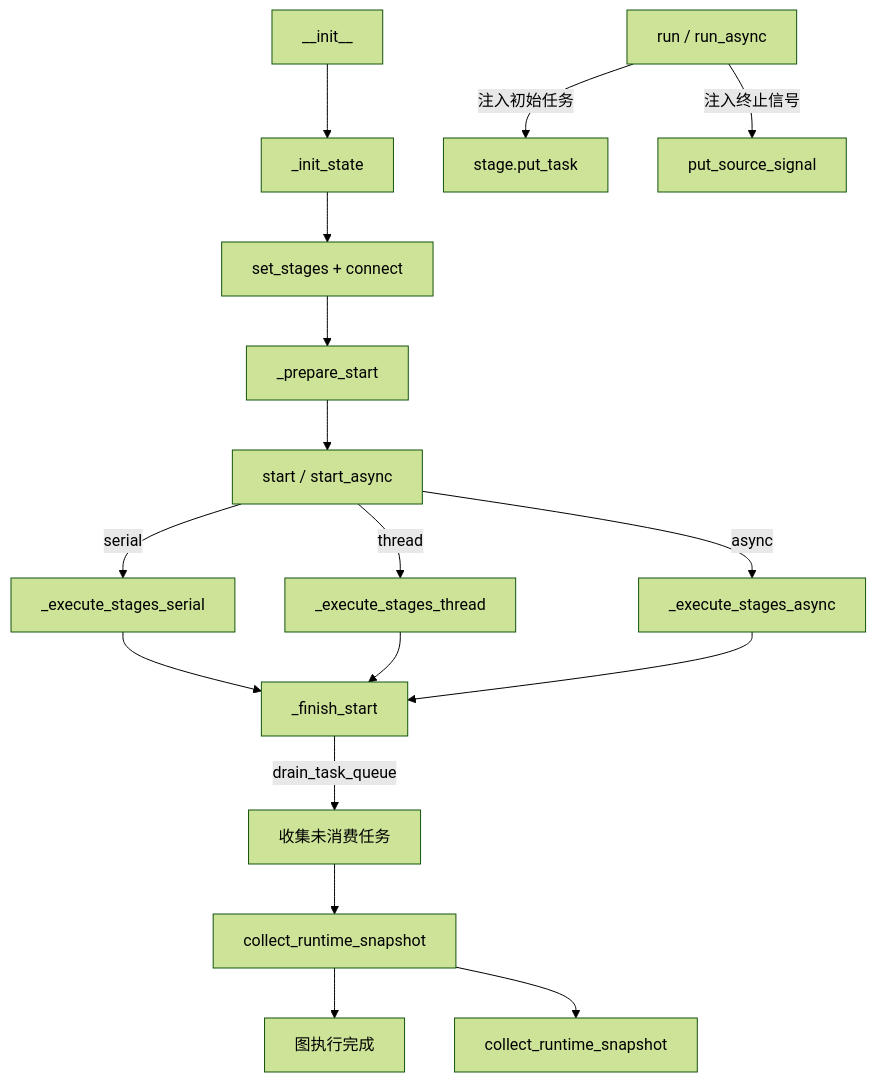
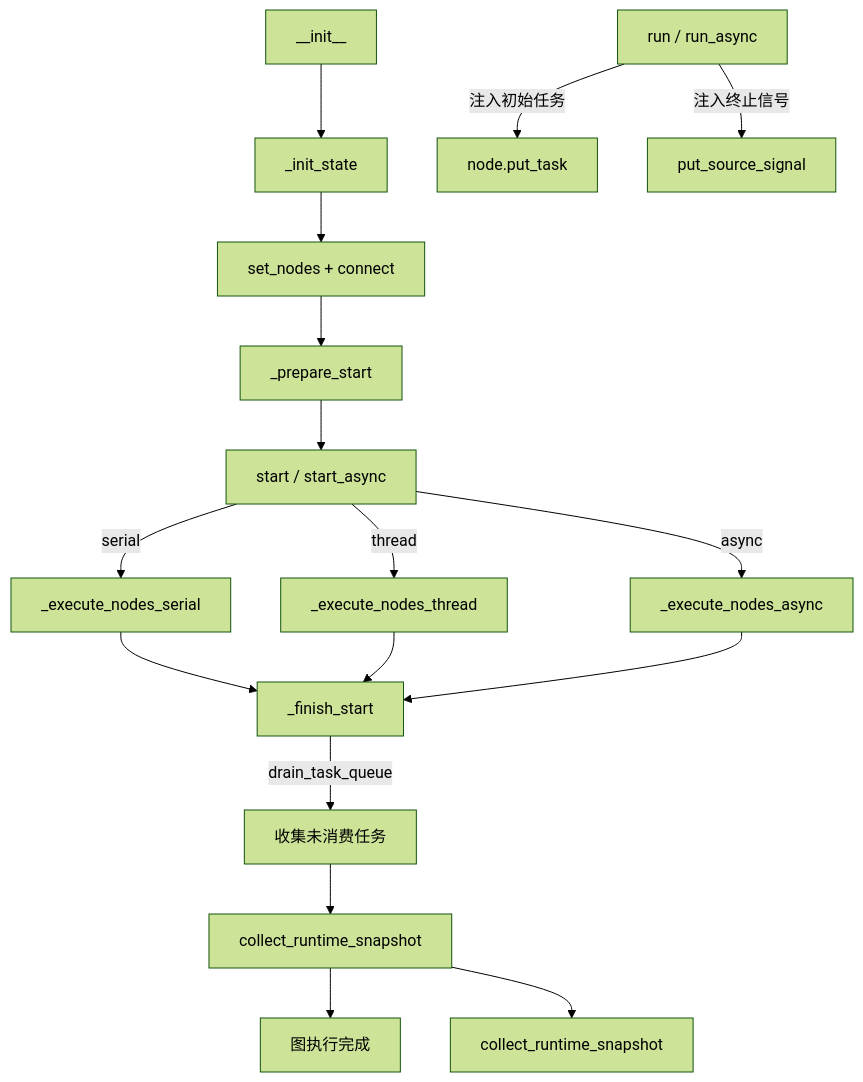
The diagram in docs/zh-CN/src/graph/core_graph.md (Mr-xiaotian/CelestialFlow), drawn with Mermaid (forest theme) before and after one commit. The commit also changed other lines of this file and 80 other files, not shown here.

````diff
--- a/docs/zh-CN/src/graph/core_graph.md
+++ b/docs/zh-CN/src/graph/core_graph.md
@@ -288,21 +292,21 @@
 ```mermaid
 flowchart TD
     INIT[__init__] --> INIT_STATE[_init_state]
-    INIT_STATE --> BUILD[set_stages + connect]
+    INIT_STATE --> BUILD[set_nodes + connect]
     BUILD --> PREPARE[_prepare_start]
     PREPARE --> START[start / start_async]
-    START -->|serial| SER[_execute_stages_serial]
-    START -->|thread| THR[_execute_stages_thread]
-    START -->|async| ASY[_execute_stages_async]
+    START -->|serial| SER[_execute_nodes_serial]
+    START -->|thread| THR[_execute_nodes_thread]
+    START -->|async| ASY[_execute_nodes_async]
     SER --> FINISH[_finish_start]
     THR --> FINISH
     ASY --> FINISH
     FINISH -->|drain_task_queue| DRAIN[收集未消费任务]
     DRAIN --> SNAP[collect_runtime_snapshot]
     SNAP --> END[图执行完成]
 
     SNAP --> STATUS[collect_runtime_snapshot]
 
-    RUN[run / run_async] -->|注入初始任务| PUT[stage.put_task]
+    RUN[run / run_async] -->|注入初始任务| PUT[node.put_task]
     RUN -->|注入终止信号| SIGNAL[put_source_signal]
 ```
````
